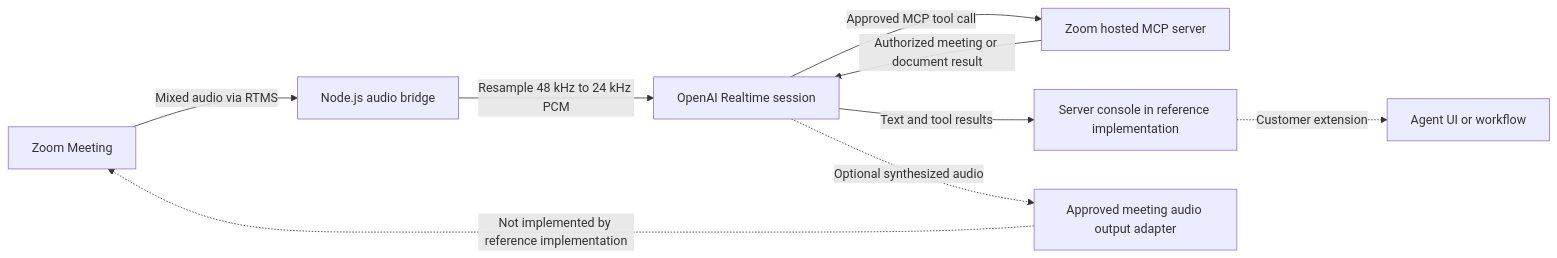
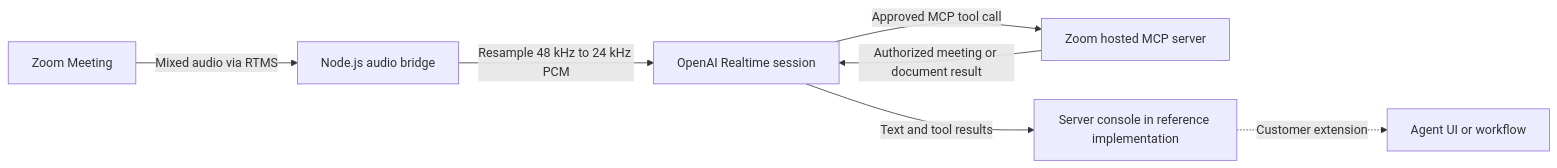
Before and after one commit to zoom/blueprints: the diagram in blueprints/openai-meeting-voice-agent/architecture.mmd, drawn with Mermaid. The commit also changed 1 other file, not shown here.

Commit message:
openai-meeting-voice-agent: use the one-way agent framing throughout
Remove the remaining 'approved' and 'supported audio path' wording and the unimplemented audio-output branch from the diagram.

```diff
--- a/blueprints/openai-meeting-voice-agent/architecture.mmd
+++ b/blueprints/openai-meeting-voice-agent/architecture.mmd
@@ -1,9 +1,7 @@
 flowchart LR
     A[Zoom Meeting] -->|Mixed audio via RTMS| B[Node.js audio bridge]
     B -->|Resample 48 kHz to 24 kHz PCM| C[OpenAI Realtime session]
     C -->|Approved MCP tool call| D[Zoom hosted MCP server]
     D -->|Authorized meeting or document result| C
     C -->|Text and tool results| E[Server console in reference implementation]
     E -.->|Customer extension| G[Agent UI or workflow]
-    C -.->|Optional synthesized audio| F[Approved meeting audio output adapter]
-    F -.->|Not implemented by reference implementation| A
```
